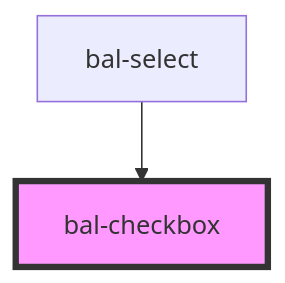
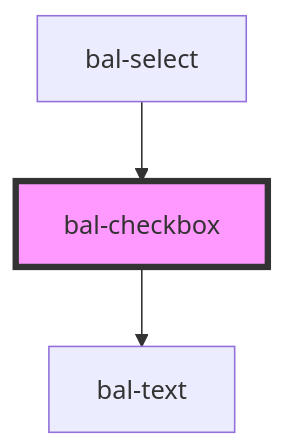
One commit to baloise/design-system changed the diagram in packages/components/src/components/bal-checkbox/readme.md. Above: the diagram before and after it, drawn with Mermaid. The commit also changed other lines of this file and 92 other files, not shown here.

````diff
--- a/packages/components/src/components/bal-checkbox/readme.md
+++ b/packages/components/src/components/bal-checkbox/readme.md
@@ -58,5 +62,6 @@
 ```mermaid
 graph TD;
+  bal-checkbox --> bal-text
   bal-select --> bal-checkbox
   style bal-checkbox fill:#f9f,stroke:#333,stroke-width:4px
 ```
````
